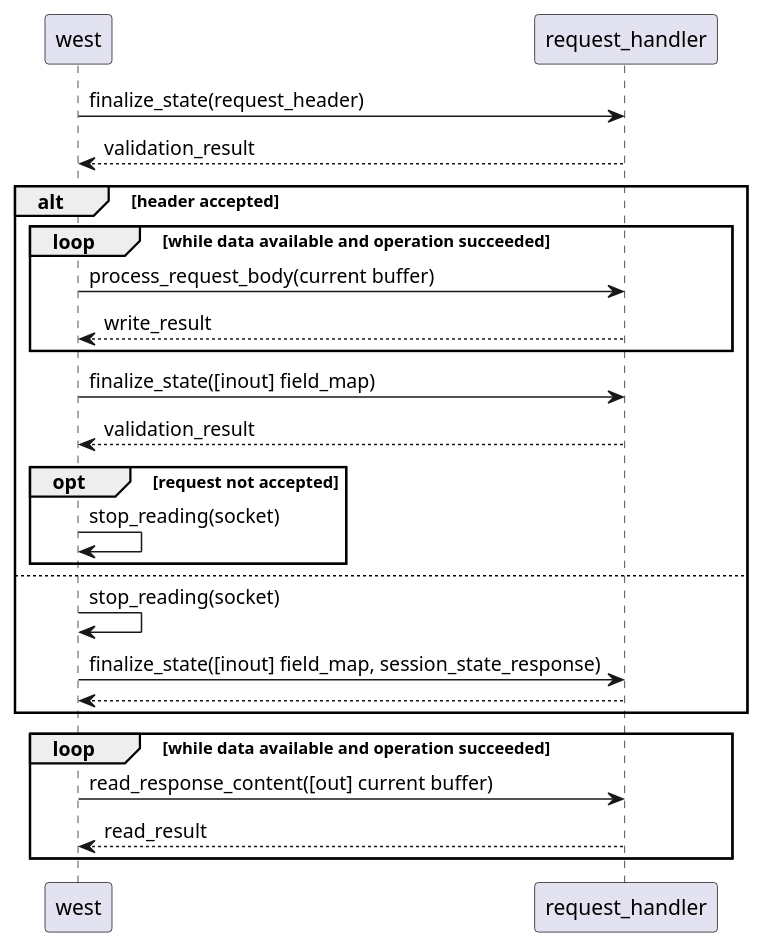
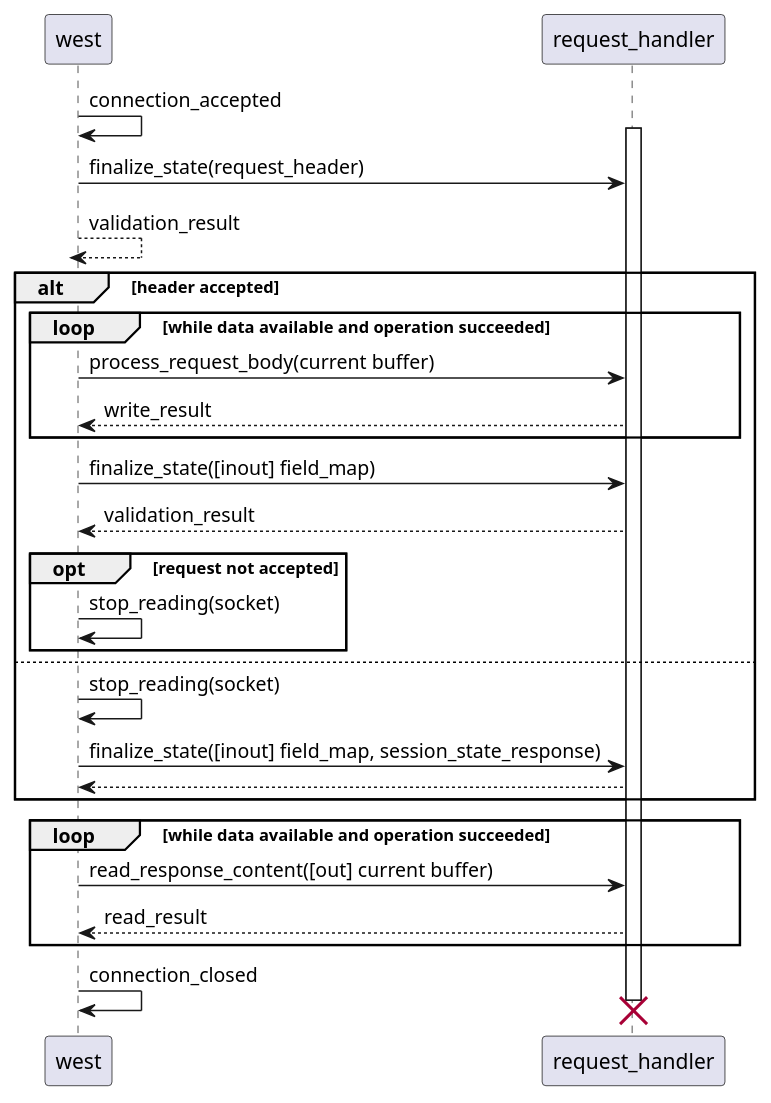
Before and after one commit to milasudril/west: the diagram in doc/request_handling.puml, drawn with PlantUML.

Commit message:
Annotate lifetime of request_handler

```diff
--- a/doc/request_handling.puml
+++ b/doc/request_handling.puml
@@ -1,23 +1,27 @@
 @startuml
+west -> west:connection_accepted
+activate request_handler
 west -> request_handler:finalize_state(request_header)
 return validation_result
 alt header accepted
 	loop while data available and operation succeeded
 		west -> request_handler:process_request_body(current buffer)
 		return write_result
 	end
 	west -> request_handler:finalize_state([inout] field_map)
 	return validation_result
 	opt request not accepted
 		west -> west:stop_reading(socket)
 	end
 else
 	west -> west:stop_reading(socket)
 	west -> request_handler:finalize_state([inout] field_map, session_state_response)
 	return
 end
 loop while data available and operation succeeded
 	west -> request_handler:read_response_content([out] current buffer)
 	return read_result
 end
+west -> west:connection_closed
+destroy request_handler
 @enduml
```
